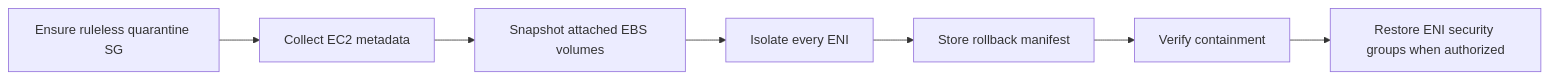
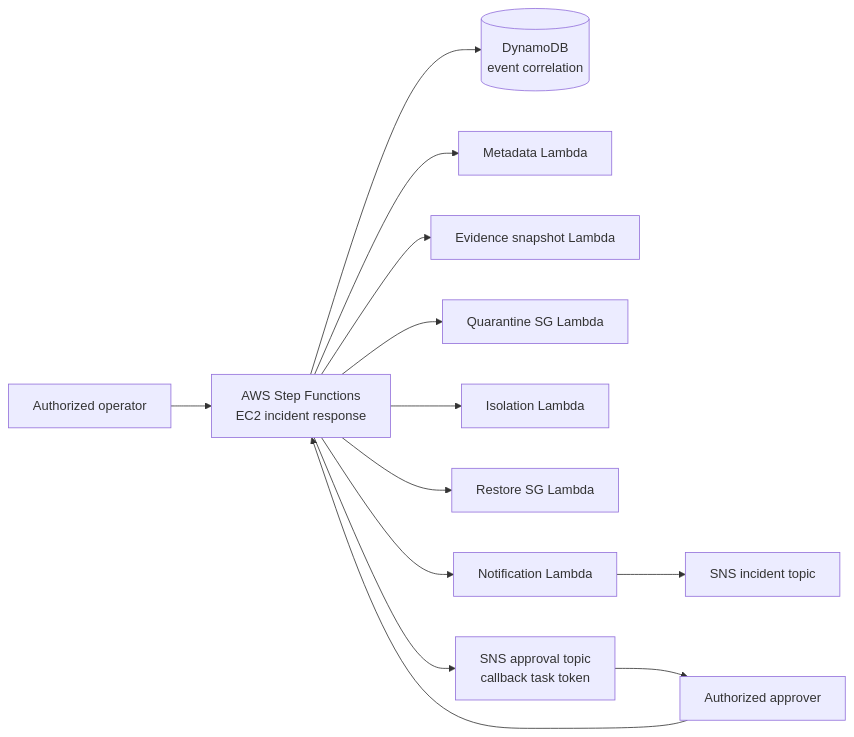
Before and after one commit to cliffvj/aws-incident-response-playbook: the diagram in automation/docs/architecture.md, drawn with Mermaid. The commit also changed other lines of this file and 86 other files, not shown here.

Commit message:
feat: add Step Functions incident orchestration

````diff
--- a/automation/docs/architecture.md
+++ b/automation/docs/architecture.md
@@ -38,9 +5,15 @@
 ```mermaid
 flowchart LR
-    Q[Ensure ruleless quarantine SG] --> E[Collect EC2 metadata]
-    E --> S[Snapshot attached EBS volumes]
-    S --> I[Isolate every ENI]
-    I --> M[Store rollback manifest]
-    M --> V[Verify containment]
-    V --> R[Restore ENI security groups when authorized]
+    O[Authorized operator] --> SF[AWS Step Functions\nEC2 incident response]
+    SF --> DDB[(DynamoDB\nevent correlation)]
+    SF --> M[Metadata Lambda]
+    SF --> E[Evidence snapshot Lambda]
+    SF --> Q[Quarantine SG Lambda]
+    SF --> I[Isolation Lambda]
+    SF --> R[Restore SG Lambda]
+    SF --> N[Notification Lambda]
+    SF --> A[SNS approval topic\ncallback task token]
+    A --> H[Authorized approver]
+    H --> SF
+    N --> S[SNS incident topic]
 ```
````
